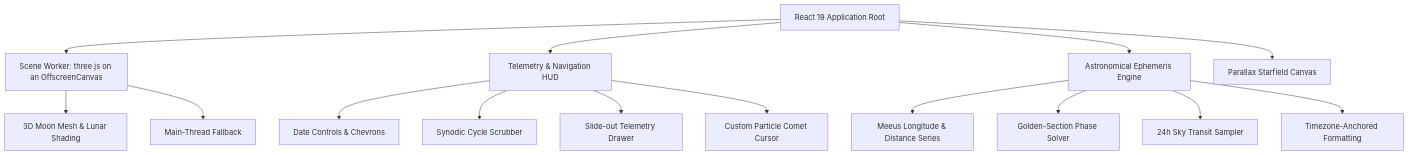
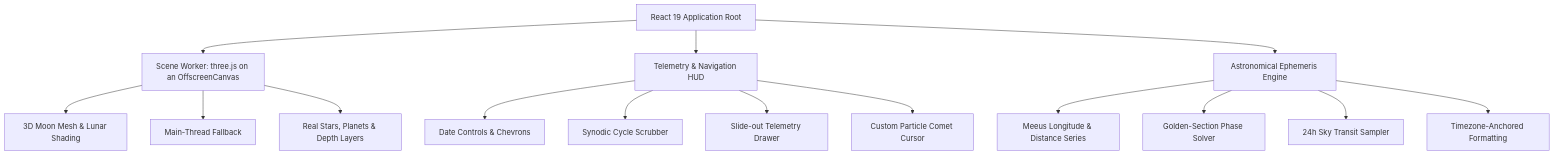
Before and after one commit to kavindu-rakn/Luna: the diagram in README.md, drawn with Mermaid. The commit also changed other lines of this file and 2 other files, not shown here.

````diff
--- a/README.md
+++ b/README.md
@@ -230,20 +233,20 @@
 ```mermaid
 graph TD
     A[React 19 Application Root] --> B[Scene Worker: three.js on an OffscreenCanvas]
     A --> C[Telemetry & Navigation HUD]
     A --> D[Astronomical Ephemeris Engine]
 
     B --> B1[3D Moon Mesh & Lunar Shading]
     B --> B2[Main-Thread Fallback]
-    A --> B3[Parallax Starfield Canvas]
+    B --> B3[Real Stars, Planets & Depth Layers]
 
     C --> C1[Date Controls & Chevrons]
     C --> C2[Synodic Cycle Scrubber]
     C --> C3[Slide-out Telemetry Drawer]
     C --> C4[Custom Particle Comet Cursor]
 
     D --> D1[Meeus Longitude & Distance Series]
     D --> D2[Golden-Section Phase Solver]
     D --> D3[24h Sky Transit Sampler]
     D --> D4[Timezone-Anchored Formatting]
 ```
````
